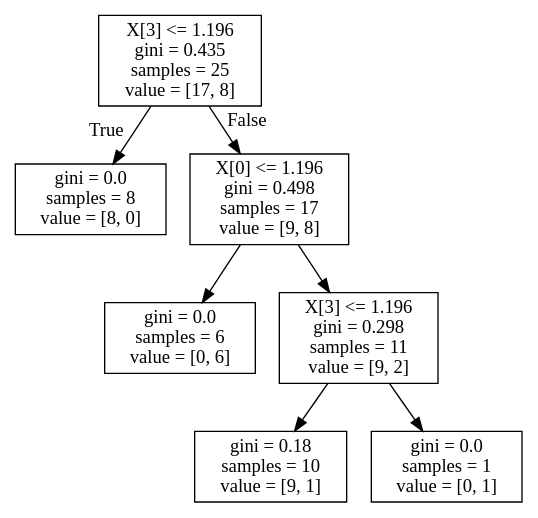
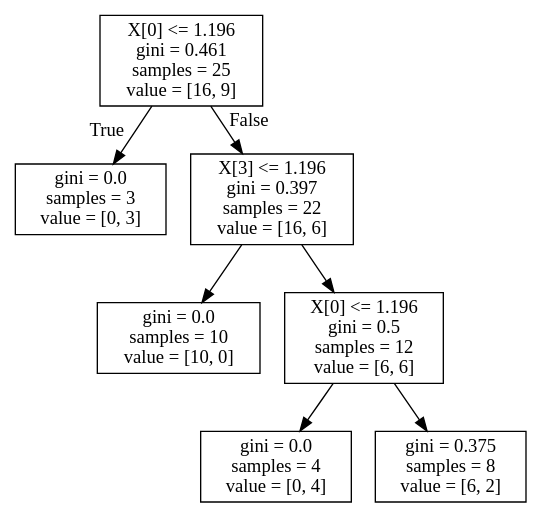
The diagram in PythonBackend/result.dot (HazemIbrahim98/Web-Project), drawn with Graphviz before and after one commit. The commit also changed 5 other files, not shown here.

```diff
--- a/PythonBackend/result.dot
+++ b/PythonBackend/result.dot
@@ -1,16 +1,16 @@
 digraph Tree {
 node [shape=box] ;
-0 [label="X[3] <= 1.196\ngini = 0.435\nsamples = 25\nvalue = [17, 8]"] ;
-1 [label="gini = 0.0\nsamples = 8\nvalue = [8, 0]"] ;
+0 [label="X[0] <= 1.196\ngini = 0.461\nsamples = 25\nvalue = [16, 9]"] ;
+1 [label="gini = 0.0\nsamples = 3\nvalue = [0, 3]"] ;
 0 -> 1 [labeldistance=2.5, labelangle=45, headlabel="True"] ;
-2 [label="X[0] <= 1.196\ngini = 0.498\nsamples = 17\nvalue = [9, 8]"] ;
+2 [label="X[3] <= 1.196\ngini = 0.397\nsamples = 22\nvalue = [16, 6]"] ;
 0 -> 2 [labeldistance=2.5, labelangle=-45, headlabel="False"] ;
-3 [label="gini = 0.0\nsamples = 6\nvalue = [0, 6]"] ;
+3 [label="gini = 0.0\nsamples = 10\nvalue = [10, 0]"] ;
 2 -> 3 ;
-4 [label="X[3] <= 1.196\ngini = 0.298\nsamples = 11\nvalue = [9, 2]"] ;
+4 [label="X[0] <= 1.196\ngini = 0.5\nsamples = 12\nvalue = [6, 6]"] ;
 2 -> 4 ;
-5 [label="gini = 0.18\nsamples = 10\nvalue = [9, 1]"] ;
+5 [label="gini = 0.0\nsamples = 4\nvalue = [0, 4]"] ;
 4 -> 5 ;
-6 [label="gini = 0.0\nsamples = 1\nvalue = [0, 1]"] ;
+6 [label="gini = 0.375\nsamples = 8\nvalue = [6, 2]"] ;
 4 -> 6 ;
 }
```
